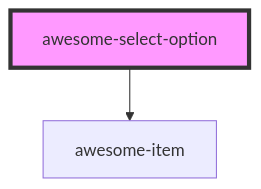
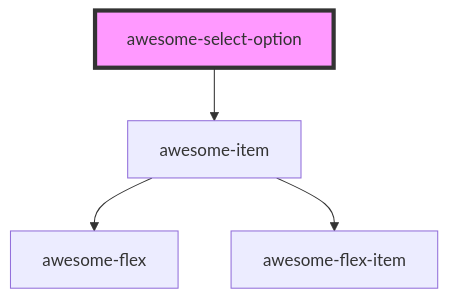
One commit to awesome-elements/ui changed the diagram in src/components/awesome-select-option/readme.md. Above: the diagram before and after it, drawn with Mermaid. The commit also changed 4 other files, not shown here.

````diff
--- a/src/components/awesome-select-option/readme.md
+++ b/src/components/awesome-select-option/readme.md
@@ -22,5 +22,7 @@
 ```mermaid
 graph TD;
   awesome-select-option --> awesome-item
+  awesome-item --> awesome-flex
+  awesome-item --> awesome-flex-item
   style awesome-select-option fill:#f9f,stroke:#333,stroke-width:4px
 ```
````
